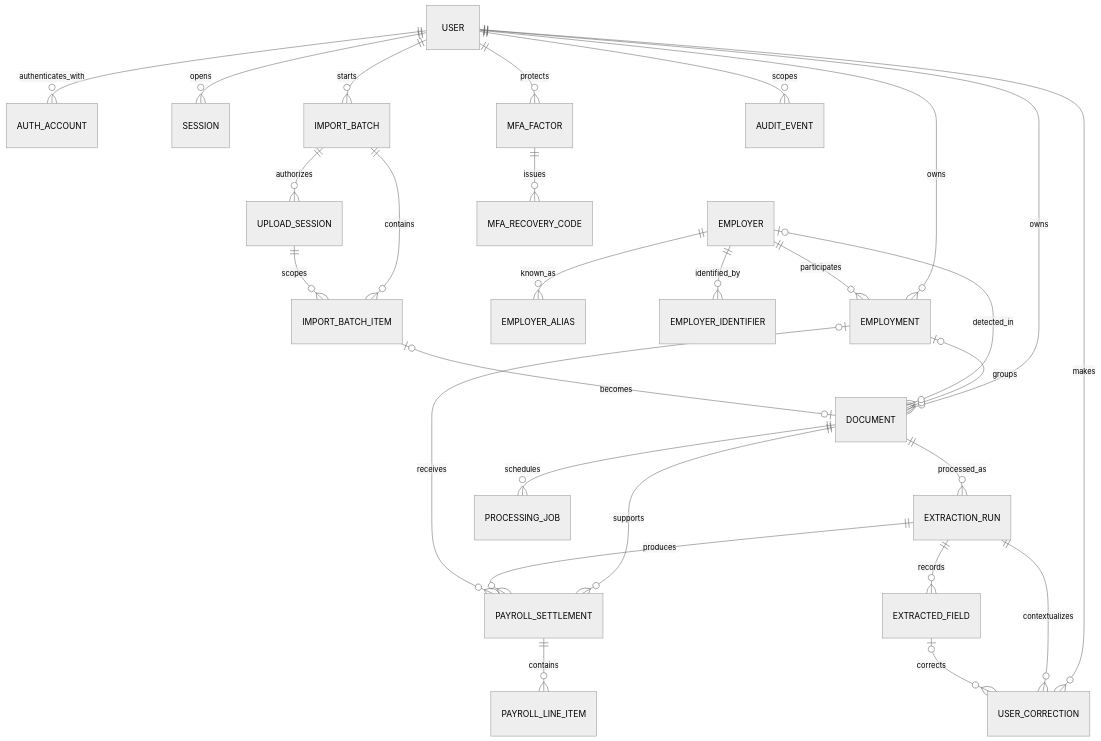
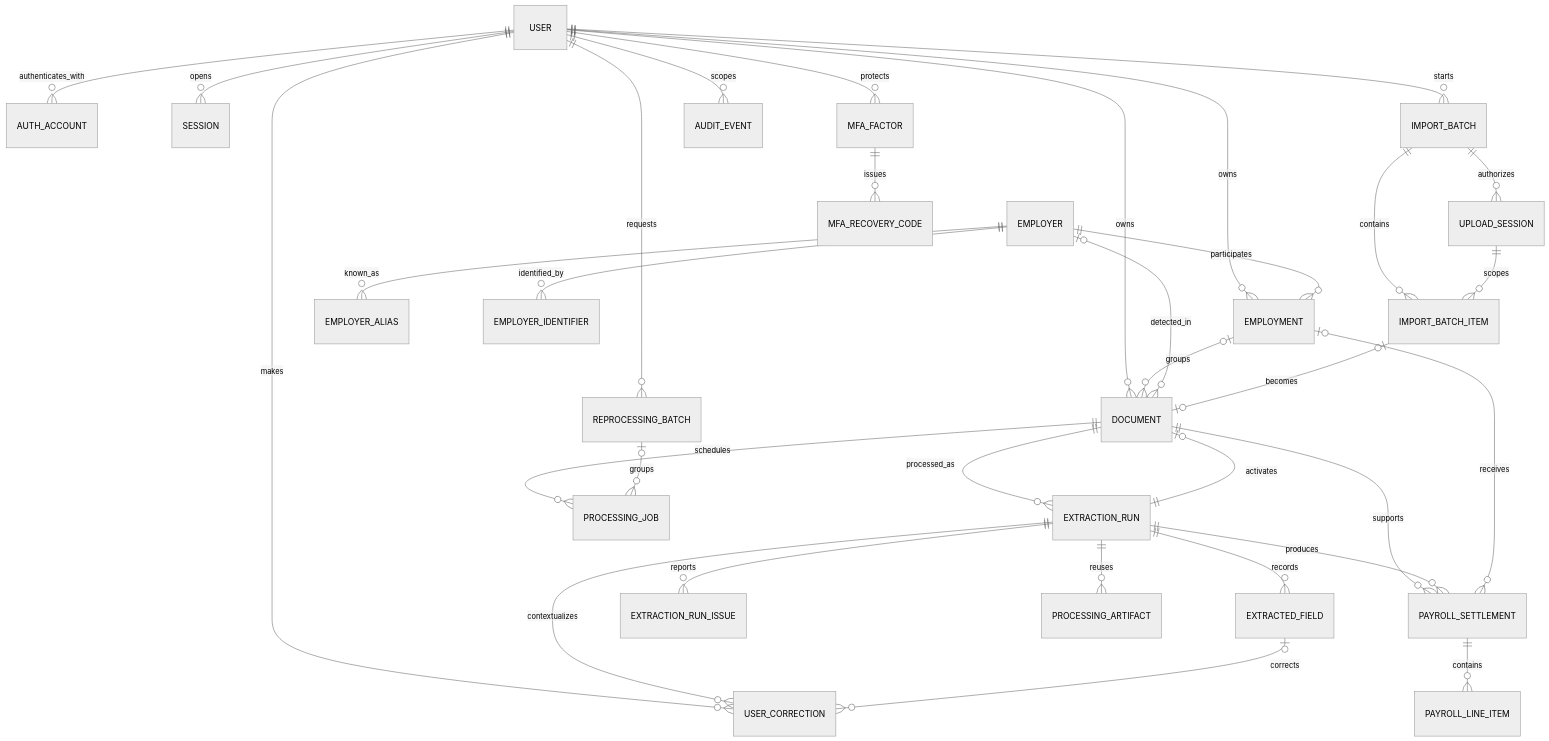
One commit to SebastianMacaya/Salarivo changed the diagram in docs/architecture/domain-model.md. Above: the diagram before and after it, drawn with Mermaid (neutral theme). The commit also changed other lines of this file and 35 other files, not shown here.

Commit message:
feat: add safe versioned document reprocessing

```diff
--- a/docs/architecture/domain-model.md
+++ b/docs/architecture/domain-model.md
@@ -16,30 +16,35 @@
 ~~~mermaid
 erDiagram
     USER ||--o{ AUTH_ACCOUNT : authenticates_with
     USER ||--o{ SESSION : opens
     USER ||--o{ EMPLOYMENT : owns
     EMPLOYER ||--o{ EMPLOYMENT : participates
     EMPLOYER ||--o{ EMPLOYER_ALIAS : known_as
     EMPLOYER ||--o{ EMPLOYER_IDENTIFIER : identified_by
     USER ||--o{ IMPORT_BATCH : starts
     IMPORT_BATCH ||--o{ IMPORT_BATCH_ITEM : contains
     IMPORT_BATCH ||--o{ UPLOAD_SESSION : authorizes
     UPLOAD_SESSION ||--o{ IMPORT_BATCH_ITEM : scopes
     USER ||--o{ DOCUMENT : owns
     EMPLOYMENT o|--o{ DOCUMENT : groups
     EMPLOYER o|--o{ DOCUMENT : detected_in
     IMPORT_BATCH_ITEM o|--o| DOCUMENT : becomes
     DOCUMENT ||--o{ EXTRACTION_RUN : processed_as
+    DOCUMENT o|--|| EXTRACTION_RUN : activates
     DOCUMENT ||--o{ PROCESSING_JOB : schedules
+    USER ||--o{ REPROCESSING_BATCH : requests
+    REPROCESSING_BATCH o|--o{ PROCESSING_JOB : groups
     DOCUMENT ||--o{ PAYROLL_SETTLEMENT : supports
     EXTRACTION_RUN ||--o{ PAYROLL_SETTLEMENT : produces
     EXTRACTION_RUN ||--o{ EXTRACTED_FIELD : records
+    EXTRACTION_RUN ||--o{ EXTRACTION_RUN_ISSUE : reports
+    EXTRACTION_RUN ||--o{ PROCESSING_ARTIFACT : reuses
     EMPLOYMENT o|--o{ PAYROLL_SETTLEMENT : receives
     PAYROLL_SETTLEMENT ||--o{ PAYROLL_LINE_ITEM : contains
     USER ||--o{ USER_CORRECTION : makes
     EXTRACTION_RUN ||--o{ USER_CORRECTION : contextualizes
     EXTRACTED_FIELD o|--o{ USER_CORRECTION : corrects
     USER ||--o{ MFA_FACTOR : protects
     MFA_FACTOR ||--o{ MFA_RECOVERY_CODE : issues
     USER ||--o{ AUDIT_EVENT : scopes
 ~~~
```
